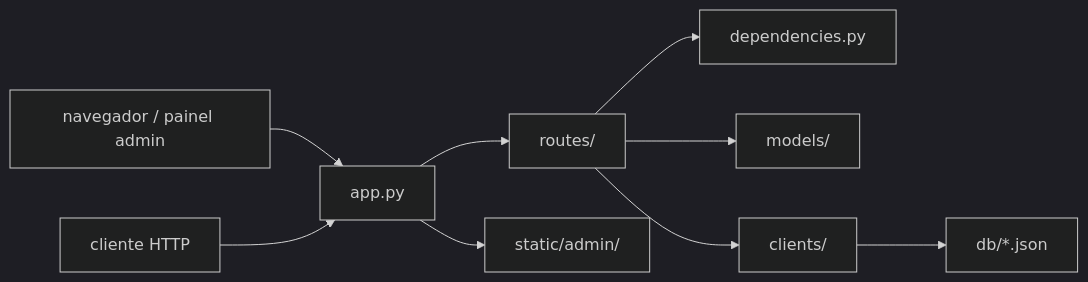
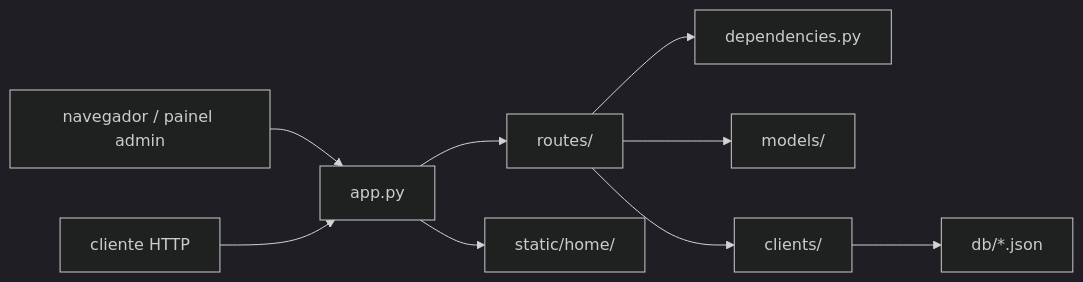
Before and after one commit to dfhoss/portasch2026: the diagram in backend/ARCHITECTURE.md, drawn with Mermaid (dark theme). The commit also changed other lines of this file and 19 other files, not shown here.

````diff
--- a/backend/ARCHITECTURE.md
+++ b/backend/ARCHITECTURE.md
@@ -11,11 +11,11 @@
 ```mermaid
 flowchart LR
     Browser[ navegador / painel admin ] --> App[ app.py ]
     Client[ cliente HTTP ] --> App
     App --> Routes[ routes/ ]
     Routes --> Dependencies[ dependencies.py ]
     Routes --> Models[ models/ ]
     Routes --> Clients[ clients/ ]
     Clients --> JSON[ db/*.json ]
-    App --> Static[ static/admin/ ]
+    App --> Static[ static/home/ ]
 ```
````
